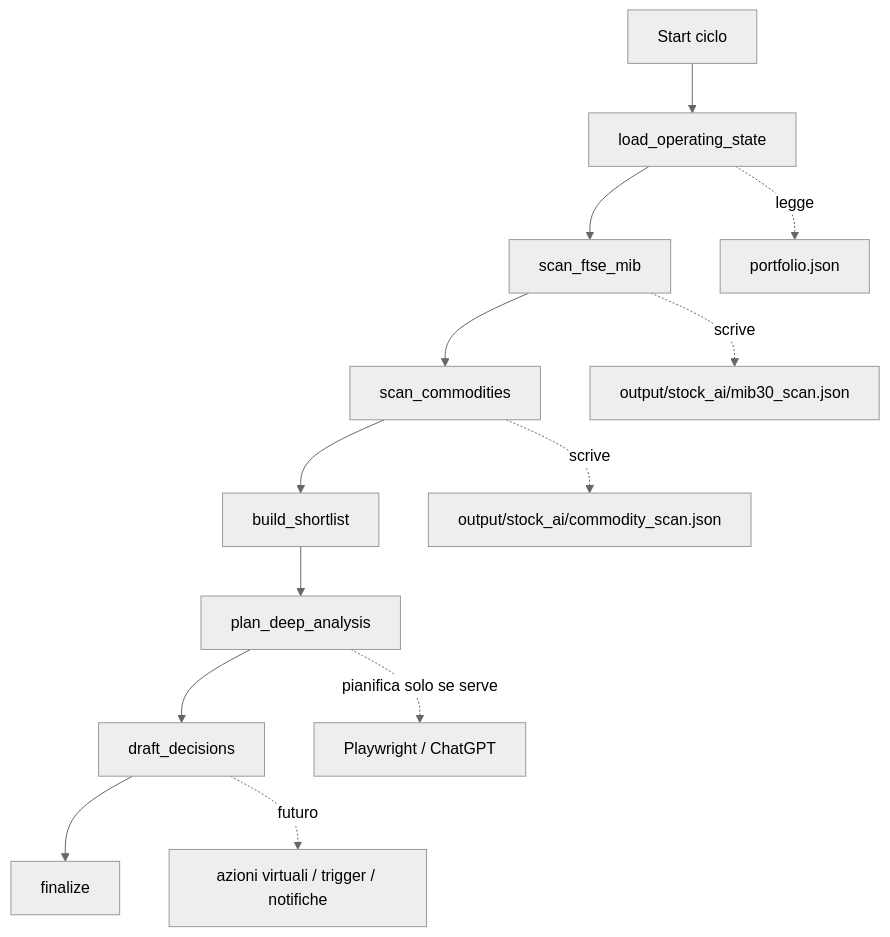
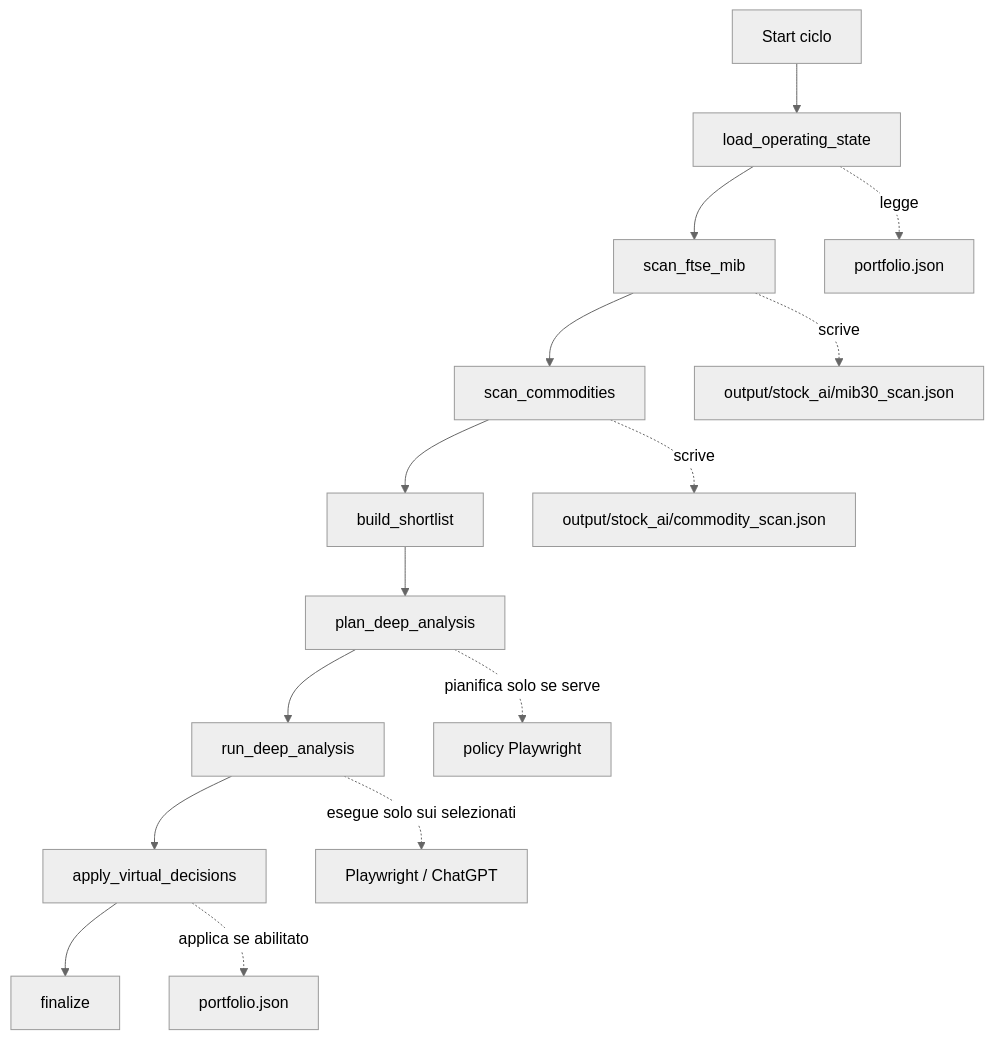
The first of 2 diagrams in README.md (martale1/TradingWatchAgent), drawn with Mermaid (neutral theme) before and after one commit. The commit also changed other lines of this file and 3 other files, not shown here.

````diff
--- a/README.md
+++ b/README.md
@@ -64,16 +64,18 @@
 ```mermaid
 flowchart TD
     A["Start ciclo"] --> B["load_operating_state"]
     B --> C["scan_ftse_mib"]
     C --> D["scan_commodities"]
     D --> E["build_shortlist"]
     E --> F["plan_deep_analysis"]
-    F --> G["draft_decisions"]
-    G --> H["finalize"]
+    F --> G["run_deep_analysis"]
+    G --> H["apply_virtual_decisions"]
+    H --> I["finalize"]
 
     B -. legge .-> B1["portfolio.json"]
     C -. scrive .-> C1["output/stock_ai/mib30_scan.json"]
     D -. scrive .-> D1["output/stock_ai/commodity_scan.json"]
-    F -. pianifica solo se serve .-> F1["Playwright / ChatGPT"]
-    G -. futuro .-> G1["azioni virtuali / trigger / notifiche"]
+    F -. pianifica solo se serve .-> F1["policy Playwright"]
+    G -. esegue solo sui selezionati .-> G1["Playwright / ChatGPT"]
+    H -. applica se abilitato .-> H1["portfolio.json"]
 ```
````
